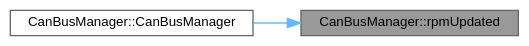
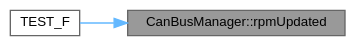
Before and after one commit to SEAME-pt/2024-2025-HotWheels: the diagram in docs/classCanBusManager_a078fd69ae1f601a6a5792b41f5e6346a_icgraph.dot, drawn with Graphviz. The commit also changed 223 other files, not shown here.

```diff
--- a/docs/classCanBusManager_a078fd69ae1f601a6a5792b41f5e6346a_icgraph.dot
+++ b/docs/classCanBusManager_a078fd69ae1f601a6a5792b41f5e6346a_icgraph.dot
@@ -1,11 +1,11 @@
 digraph "CanBusManager::rpmUpdated"
 {
  // LATEX_PDF_SIZE
   bgcolor="transparent";
   edge [fontname=Helvetica,fontsize=10,labelfontname=Helvetica,labelfontsize=10];
   node [fontname=Helvetica,fontsize=10,shape=box,height=0.2,width=0.4];
   rankdir="RL";
   Node1 [id="Node000001",label="CanBusManager::rpmUpdated",height=0.2,width=0.4,color="gray40", fillcolor="grey60", style="filled", fontcolor="black",tooltip=" "];
   Node1 -> Node2 [id="edge1_Node000001_Node000002",dir="back",color="steelblue1",style="solid",tooltip=" "];
-  Node2 [id="Node000002",label="CanBusManager::CanBusManager",height=0.2,width=0.4,color="grey40", fillcolor="white", style="filled",URL="$classCanBusManager.html#ae99209d291de980c75c10f8c12231a30",tooltip=" "];
+  Node2 [id="Node000002",label="TEST_F",height=0.2,width=0.4,color="grey40", fillcolor="white", style="filled",URL="$test__CanBusManager_8cpp.html#ad394e54b204e922e5266fce87de7390f",tooltip=" "];
 }
```
